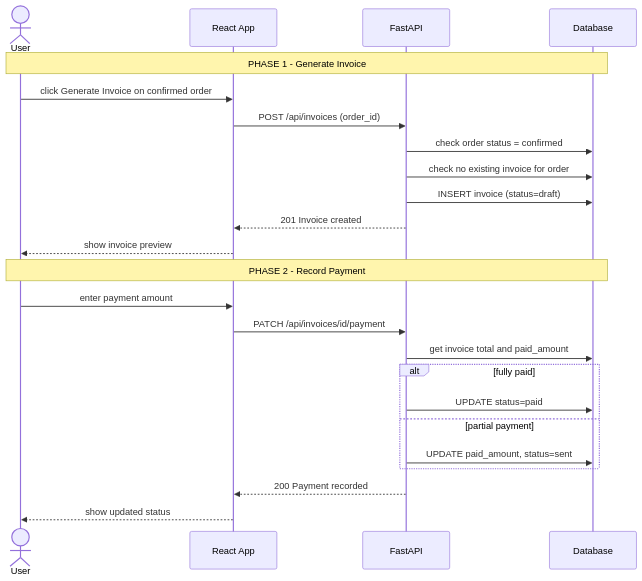
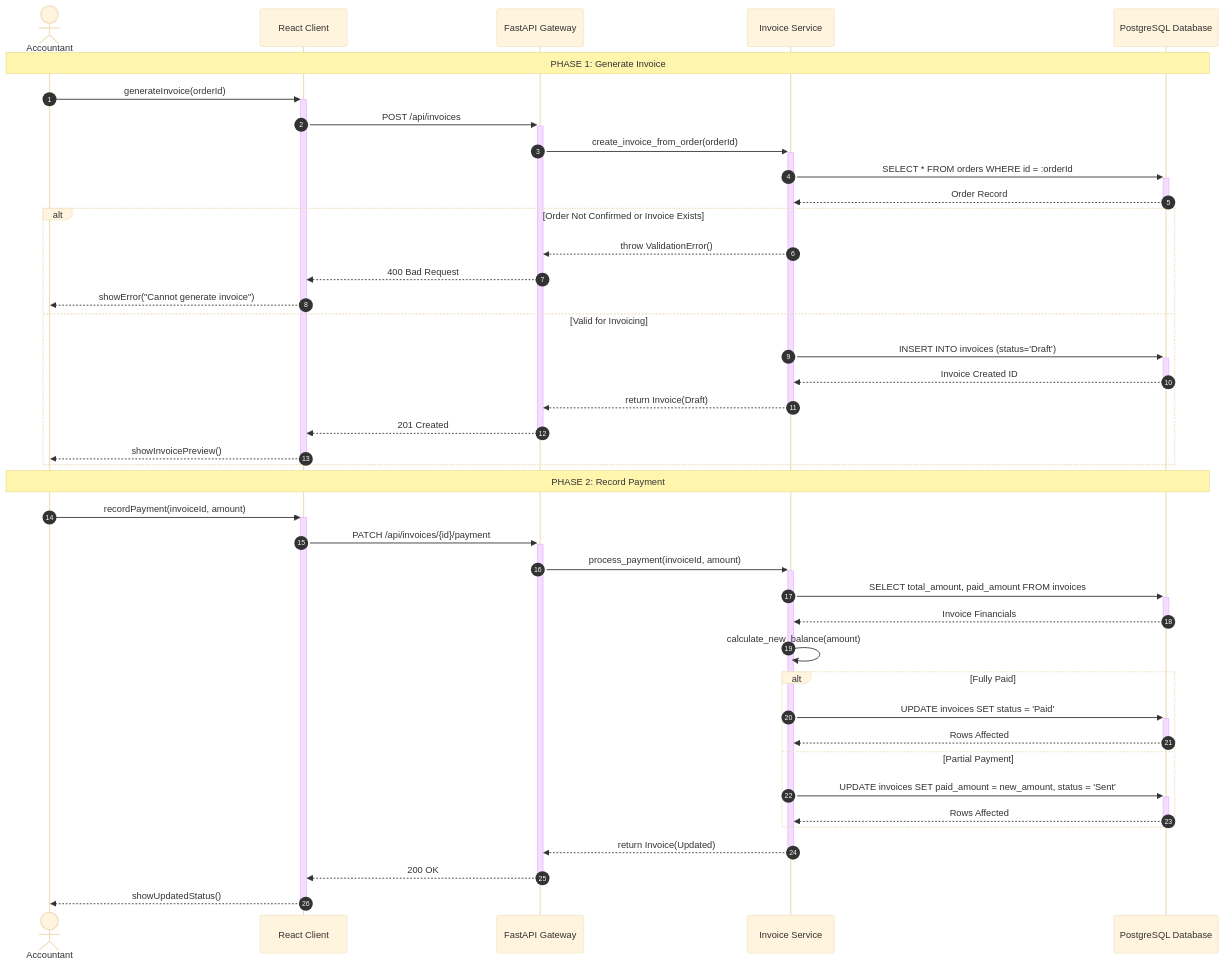
One commit to hyperS777/BizAI changed the diagram in docs/design-diagrams/07-sequence-invoice.mmd. Above: the diagram before and after it, drawn with Mermaid. The commit also changed 31 other files, not shown here.

Commit message:
docs: add system design diagrams and Visio rebuild guides

```diff
--- a/docs/design-diagrams/07-sequence-invoice.mmd
+++ b/docs/design-diagrams/07-sequence-invoice.mmd
@@ -1,28 +1,46 @@
+%%{init: {'theme': 'base', 'sequence': {'actorMargin': 150, 'messageMargin': 60}}}%%
 sequenceDiagram
-    actor U as User
-    participant FE as React App
-    participant API as FastAPI
-    participant DB as Database
+    autonumber
+    actor U as Accountant
+    participant FE as React Client
+    participant API as FastAPI Gateway
+    participant INV as Invoice Service
+    participant DB as PostgreSQL Database
 
-    Note over U,DB: PHASE 1 - Generate Invoice
-    U->>FE: click Generate Invoice on confirmed order
-    FE->>API: POST /api/invoices (order_id)
-    API->>DB: check order status = confirmed
-    API->>DB: check no existing invoice for order
-    API->>DB: INSERT invoice (status=draft)
-    API-->>FE: 201 Invoice created
-    FE-->>U: show invoice preview
-
-    Note over U,DB: PHASE 2 - Record Payment
-    U->>FE: enter payment amount
-    FE->>API: PATCH /api/invoices/id/payment
-    API->>DB: get invoice total and paid_amount
-
-    alt fully paid
-        API->>DB: UPDATE status=paid
-    else partial payment
-        API->>DB: UPDATE paid_amount, status=sent
+    Note over U,DB: PHASE 1: Generate Invoice
+    U->>+FE: generateInvoice(orderId)
+    FE->>+API: POST /api/invoices
+    API->>+INV: create_invoice_from_order(orderId)
+    INV->>+DB: SELECT * FROM orders WHERE id = :orderId
+    DB-->>-INV: Order Record
+    alt Order Not Confirmed or Invoice Exists
+        INV-->>API: throw ValidationError()
+        API-->>FE: 400 Bad Request
+        FE-->>U: showError("Cannot generate invoice")
+    else Valid for Invoicing
+        INV->>+DB: INSERT INTO invoices (status='Draft')
+        DB-->>-INV: Invoice Created ID
+        INV-->>-API: return Invoice(Draft)
+        API-->>-FE: 201 Created
+        FE-->>-U: showInvoicePreview()
     end
 
-    API-->>FE: 200 Payment recorded
-    FE-->>U: show updated status
+    Note over U,DB: PHASE 2: Record Payment
+    U->>+FE: recordPayment(invoiceId, amount)
+    FE->>+API: PATCH /api/invoices/{id}/payment
+    API->>+INV: process_payment(invoiceId, amount)
+    INV->>+DB: SELECT total_amount, paid_amount FROM invoices
+    DB-->>-INV: Invoice Financials
+    
+    INV->>INV: calculate_new_balance(amount)
+    
+    alt Fully Paid
+        INV->>+DB: UPDATE invoices SET status = 'Paid'
+        DB-->>-INV: Rows Affected
+    else Partial Payment
+        INV->>+DB: UPDATE invoices SET paid_amount = new_amount, status = 'Sent'
+        DB-->>-INV: Rows Affected
+    end
+    INV-->>-API: return Invoice(Updated)
+    API-->>-FE: 200 OK
+    FE-->>-U: showUpdatedStatus()
```
